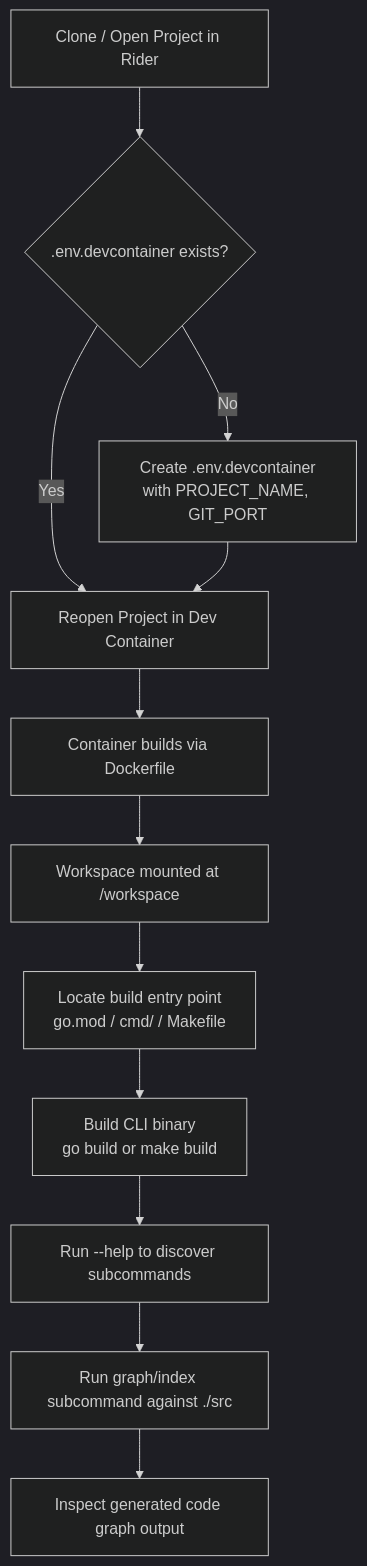
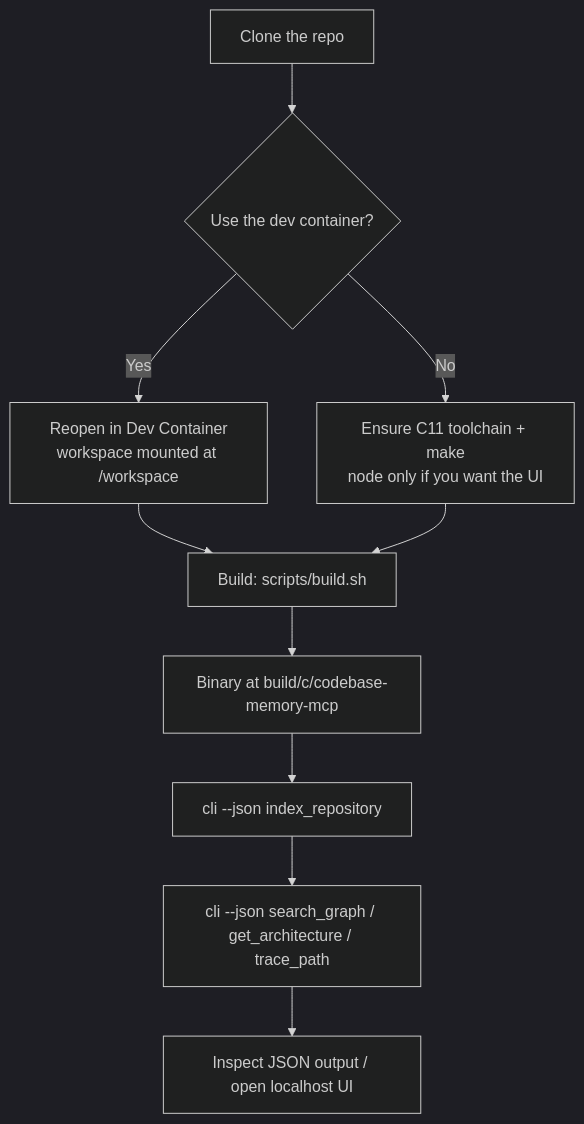
Before and after one commit to shendricks555/codebase-memory-cli: the diagram in docs/CLI_BUILD_RUN_GUIDE.md, drawn with Mermaid (dark theme). The commit also changed other lines of this file and 25 other files, not shown here.

````diff
--- a/docs/CLI_BUILD_RUN_GUIDE.md
+++ b/docs/CLI_BUILD_RUN_GUIDE.md
@@ -8,14 +14,12 @@
 ```mermaid
 flowchart TD
-    A[Clone / Open Project in Rider] --> B{.env.devcontainer exists?}
-    B -- No --> C[Create .env.devcontainer<br/>with PROJECT_NAME, GIT_PORT]
-    B -- Yes --> D[Reopen Project in Dev Container]
-    C --> D
-    D --> E[Container builds via Dockerfile]
-    E --> F[Workspace mounted at /workspace]
-    F --> G[Locate build entry point<br/>go.mod / cmd/ / Makefile]
-    G --> H[Build CLI binary<br/>go build or make build]
-    H --> I[Run --help to discover subcommands]
-    I --> J[Run graph/index subcommand against ./src]
-    J --> K[Inspect generated code graph output]
+    A[Clone the repo] --> B{Use the dev container?}
+    B -- Yes --> C[Reopen in Dev Container<br/>workspace mounted at /workspace]
+    B -- No --> D[Ensure C11 toolchain + make<br/>node only if you want the UI]
+    C --> E[Build: scripts/build.sh]
+    D --> E
+    E --> F[Binary at build/c/codebase-memory-mcp]
+    F --> G[cli --json index_repository]
+    G --> H[cli --json search_graph / get_architecture / trace_path]
+    H --> I[Inspect JSON output / open localhost UI]
 ```
````
